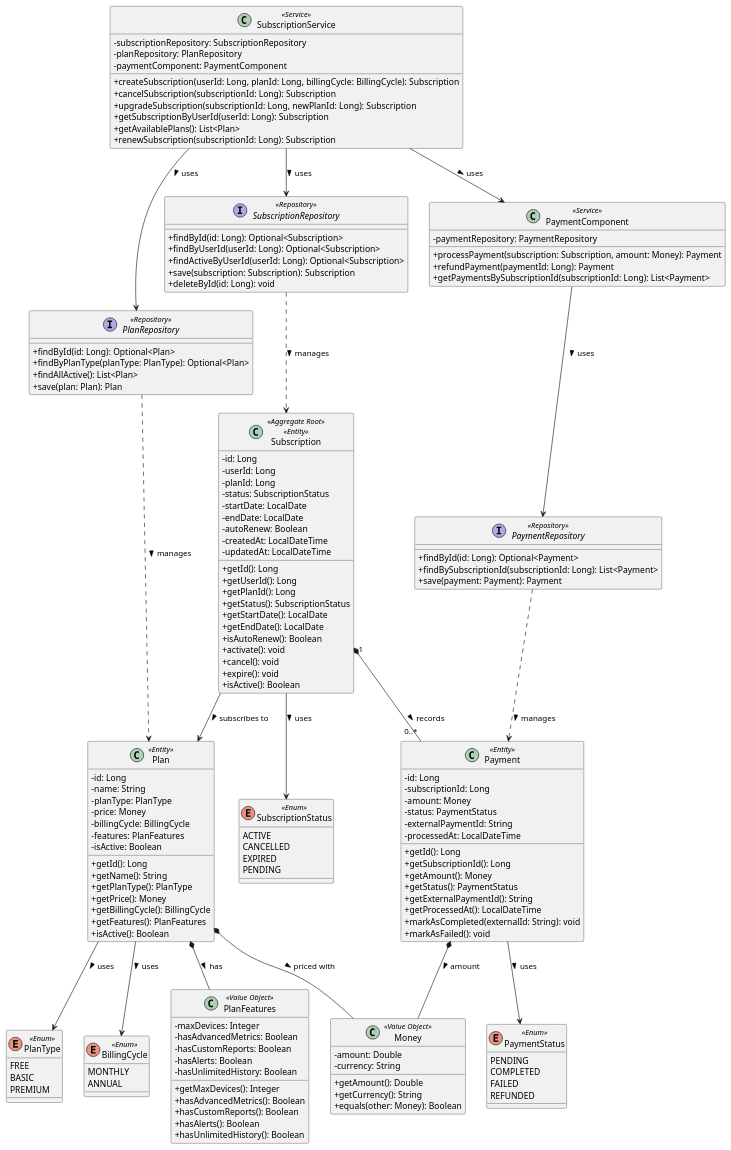
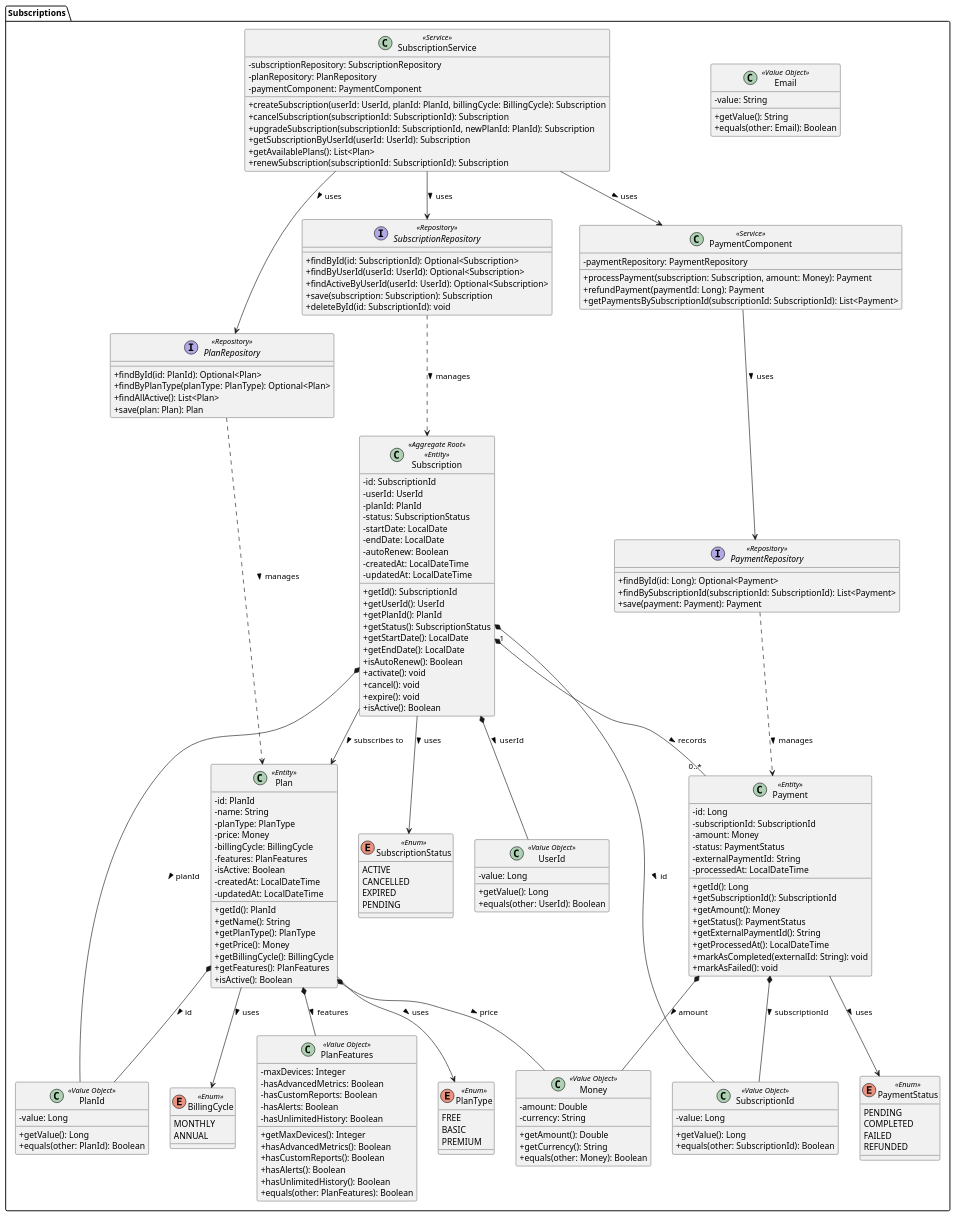
One commit to upc-pre-202610-1asi0729-11896-techwatch/techwatch-report changed the diagram in assets/docs/class-diagram-subscriptions.puml. Above: the diagram before and after it, drawn with PlantUML.

Commit message:
docs(chapter-4): update Subscriptions Class Diagram

```diff
--- a/assets/docs/class-diagram-subscriptions.puml
+++ b/assets/docs/class-diagram-subscriptions.puml
@@ -4,170 +4,205 @@
 skinparam monochrome false
 skinparam shadowing false
 
-' Enumerations
-enum PlanType <<Enum>> {
-    FREE
-    BASIC
-    PREMIUM
+package "Subscriptions" {
+
+    ' Value Objects
+    class UserId <<Value Object>> {
+        - value: Long
+        + getValue(): Long
+        + equals(other: UserId): Boolean
+    }
+
+    class SubscriptionId <<Value Object>> {
+        - value: Long
+        + getValue(): Long
+        + equals(other: SubscriptionId): Boolean
+    }
+
+    class PlanId <<Value Object>> {
+        - value: Long
+        + getValue(): Long
+        + equals(other: PlanId): Boolean
+    }
+
+    class Email <<Value Object>> {
+        - value: String
+        + getValue(): String
+        + equals(other: Email): Boolean
+    }
+
+    class Money <<Value Object>> {
+        - amount: Double
+        - currency: String
+        + getAmount(): Double
+        + getCurrency(): String
+        + equals(other: Money): Boolean
+    }
+
+    class PlanFeatures <<Value Object>> {
+        - maxDevices: Integer
+        - hasAdvancedMetrics: Boolean
+        - hasCustomReports: Boolean
+        - hasAlerts: Boolean
+        - hasUnlimitedHistory: Boolean
+        + getMaxDevices(): Integer
+        + hasAdvancedMetrics(): Boolean
+        + hasCustomReports(): Boolean
+        + hasAlerts(): Boolean
+        + hasUnlimitedHistory(): Boolean
+        + equals(other: PlanFeatures): Boolean
+    }
+
+    ' Enumerations
+    enum PlanType <<Enum>> {
+        FREE
+        BASIC
+        PREMIUM
+    }
+
+    enum SubscriptionStatus <<Enum>> {
+        ACTIVE
+        CANCELLED
+        EXPIRED
+        PENDING
+    }
+
+    enum PaymentStatus <<Enum>> {
+        PENDING
+        COMPLETED
+        FAILED
+        REFUNDED
+    }
+
+    enum BillingCycle <<Enum>> {
+        MONTHLY
+        ANNUAL
+    }
+
+    ' Entities
+    class Plan <<Entity>> {
+        - id: PlanId
+        - name: String
+        - planType: PlanType
+        - price: Money
+        - billingCycle: BillingCycle
+        - features: PlanFeatures
+        - isActive: Boolean
+        - createdAt: LocalDateTime
+        - updatedAt: LocalDateTime
+        + getId(): PlanId
+        + getName(): String
+        + getPlanType(): PlanType
+        + getPrice(): Money
+        + getBillingCycle(): BillingCycle
+        + getFeatures(): PlanFeatures
+        + isActive(): Boolean
+    }
+
+    class Subscription <<Aggregate Root>> <<Entity>> {
+        - id: SubscriptionId
+        - userId: UserId
+        - planId: PlanId
+        - status: SubscriptionStatus
+        - startDate: LocalDate
+        - endDate: LocalDate
+        - autoRenew: Boolean
+        - createdAt: LocalDateTime
+        - updatedAt: LocalDateTime
+        + getId(): SubscriptionId
+        + getUserId(): UserId
+        + getPlanId(): PlanId
+        + getStatus(): SubscriptionStatus
+        + getStartDate(): LocalDate
+        + getEndDate(): LocalDate
+        + isAutoRenew(): Boolean
+        + activate(): void
+        + cancel(): void
+        + expire(): void
+        + isActive(): Boolean
+    }
+
+    class Payment <<Entity>> {
+        - id: Long
+        - subscriptionId: SubscriptionId
+        - amount: Money
+        - status: PaymentStatus
+        - externalPaymentId: String
+        - processedAt: LocalDateTime
+        + getId(): Long
+        + getSubscriptionId(): SubscriptionId
+        + getAmount(): Money
+        + getStatus(): PaymentStatus
+        + getExternalPaymentId(): String
+        + getProcessedAt(): LocalDateTime
+        + markAsCompleted(externalId: String): void
+        + markAsFailed(): void
+    }
+
+    ' Repositories
+    interface SubscriptionRepository <<Repository>> {
+        + findById(id: SubscriptionId): Optional<Subscription>
+        + findByUserId(userId: UserId): Optional<Subscription>
+        + findActiveByUserId(userId: UserId): Optional<Subscription>
+        + save(subscription: Subscription): Subscription
+        + deleteById(id: SubscriptionId): void
+    }
+
+    interface PlanRepository <<Repository>> {
+        + findById(id: PlanId): Optional<Plan>
+        + findByPlanType(planType: PlanType): Optional<Plan>
+        + findAllActive(): List<Plan>
+        + save(plan: Plan): Plan
+    }
+
+    interface PaymentRepository <<Repository>> {
+        + findById(id: Long): Optional<Payment>
+        + findBySubscriptionId(subscriptionId: SubscriptionId): List<Payment>
+        + save(payment: Payment): Payment
+    }
+
+    ' Services
+    class SubscriptionService <<Service>> {
+        - subscriptionRepository: SubscriptionRepository
+        - planRepository: PlanRepository
+        - paymentComponent: PaymentComponent
+        + createSubscription(userId: UserId, planId: PlanId, billingCycle: BillingCycle): Subscription
+        + cancelSubscription(subscriptionId: SubscriptionId): Subscription
+        + upgradeSubscription(subscriptionId: SubscriptionId, newPlanId: PlanId): Subscription
+        + getSubscriptionByUserId(userId: UserId): Subscription
+        + getAvailablePlans(): List<Plan>
+        + renewSubscription(subscriptionId: SubscriptionId): Subscription
+    }
+
+    class PaymentComponent <<Service>> {
+        - paymentRepository: PaymentRepository
+        + processPayment(subscription: Subscription, amount: Money): Payment
+        + refundPayment(paymentId: Long): Payment
+        + getPaymentsBySubscriptionId(subscriptionId: SubscriptionId): List<Payment>
+    }
+
+    ' Relations
+    Subscription "1" *-- "0..*" Payment : records >
+    Subscription --> Plan : subscribes to >
+    Subscription --> SubscriptionStatus : uses >
+    Subscription *-- SubscriptionId : id >
+    Subscription *-- UserId : userId >
+    Subscription *-- PlanId : planId >
+    Plan --> PlanType : uses >
+    Plan --> BillingCycle : uses >
+    Plan *-- PlanFeatures : features >
+    Plan *-- Money : price >
+    Plan *-- PlanId : id >
+    Payment --> PaymentStatus : uses >
+    Payment *-- Money : amount >
+    Payment *-- SubscriptionId : subscriptionId >
+    SubscriptionService --> SubscriptionRepository : uses >
+    SubscriptionService --> PlanRepository : uses >
+    SubscriptionService --> PaymentComponent : uses >
+    PaymentComponent --> PaymentRepository : uses >
+    SubscriptionRepository ..> Subscription : manages >
+    PlanRepository ..> Plan : manages >
+    PaymentRepository ..> Payment : manages >
 }
 
-enum SubscriptionStatus <<Enum>> {
-    ACTIVE
-    CANCELLED
-    EXPIRED
-    PENDING
-}
-
-enum PaymentStatus <<Enum>> {
-    PENDING
-    COMPLETED
-    FAILED
-    REFUNDED
-}
-
-enum BillingCycle <<Enum>> {
-    MONTHLY
-    ANNUAL
-}
-
-' Value Objects
-class Money <<Value Object>> {
-    - amount: Double
-    - currency: String
-    + getAmount(): Double
-    + getCurrency(): String
-    + equals(other: Money): Boolean
-}
-
-class PlanFeatures <<Value Object>> {
-    - maxDevices: Integer
-    - hasAdvancedMetrics: Boolean
-    - hasCustomReports: Boolean
-    - hasAlerts: Boolean
-    - hasUnlimitedHistory: Boolean
-    + getMaxDevices(): Integer
-    + hasAdvancedMetrics(): Boolean
-    + hasCustomReports(): Boolean
-    + hasAlerts(): Boolean
-    + hasUnlimitedHistory(): Boolean
-}
-
-' Entities
-class Plan <<Entity>> {
-    - id: Long
-    - name: String
-    - planType: PlanType
-    - price: Money
-    - billingCycle: BillingCycle
-    - features: PlanFeatures
-    - isActive: Boolean
-    + getId(): Long
-    + getName(): String
-    + getPlanType(): PlanType
-    + getPrice(): Money
-    + getBillingCycle(): BillingCycle
-    + getFeatures(): PlanFeatures
-    + isActive(): Boolean
-}
-
-class Subscription <<Aggregate Root>> <<Entity>> {
-    - id: Long
-    - userId: Long
-    - planId: Long
-    - status: SubscriptionStatus
-    - startDate: LocalDate
-    - endDate: LocalDate
-    - autoRenew: Boolean
-    - createdAt: LocalDateTime
-    - updatedAt: LocalDateTime
-    + getId(): Long
-    + getUserId(): Long
-    + getPlanId(): Long
-    + getStatus(): SubscriptionStatus
-    + getStartDate(): LocalDate
-    + getEndDate(): LocalDate
-    + isAutoRenew(): Boolean
-    + activate(): void
-    + cancel(): void
-    + expire(): void
-    + isActive(): Boolean
-}
-
-class Payment <<Entity>> {
-    - id: Long
-    - subscriptionId: Long
-    - amount: Money
-    - status: PaymentStatus
-    - externalPaymentId: String
-    - processedAt: LocalDateTime
-    + getId(): Long
-    + getSubscriptionId(): Long
-    + getAmount(): Money
-    + getStatus(): PaymentStatus
-    + getExternalPaymentId(): String
-    + getProcessedAt(): LocalDateTime
-    + markAsCompleted(externalId: String): void
-    + markAsFailed(): void
-}
-
-' Repositories
-interface SubscriptionRepository <<Repository>> {
-    + findById(id: Long): Optional<Subscription>
-    + findByUserId(userId: Long): Optional<Subscription>
-    + findActiveByUserId(userId: Long): Optional<Subscription>
-    + save(subscription: Subscription): Subscription
-    + deleteById(id: Long): void
-}
-
-interface PlanRepository <<Repository>> {
-    + findById(id: Long): Optional<Plan>
-    + findByPlanType(planType: PlanType): Optional<Plan>
-    + findAllActive(): List<Plan>
-    + save(plan: Plan): Plan
-}
-
-interface PaymentRepository <<Repository>> {
-    + findById(id: Long): Optional<Payment>
-    + findBySubscriptionId(subscriptionId: Long): List<Payment>
-    + save(payment: Payment): Payment
-}
-
-' Services
-class SubscriptionService <<Service>> {
-    - subscriptionRepository: SubscriptionRepository
-    - planRepository: PlanRepository
-    - paymentComponent: PaymentComponent
-    + createSubscription(userId: Long, planId: Long, billingCycle: BillingCycle): Subscription
-    + cancelSubscription(subscriptionId: Long): Subscription
-    + upgradeSubscription(subscriptionId: Long, newPlanId: Long): Subscription
-    + getSubscriptionByUserId(userId: Long): Subscription
-    + getAvailablePlans(): List<Plan>
-    + renewSubscription(subscriptionId: Long): Subscription
-}
-
-class PaymentComponent <<Service>> {
-    - paymentRepository: PaymentRepository
-    + processPayment(subscription: Subscription, amount: Money): Payment
-    + refundPayment(paymentId: Long): Payment
-    + getPaymentsBySubscriptionId(subscriptionId: Long): List<Payment>
-}
-
-' Relations
-Subscription "1" *-- "0..*" Payment : records >
-Subscription --> Plan : subscribes to >
-Subscription --> SubscriptionStatus : uses >
-Plan --> PlanType : uses >
-Plan --> BillingCycle : uses >
-Plan *-- PlanFeatures : has >
-Plan *-- Money : priced with >
-Payment --> PaymentStatus : uses >
-Payment *-- Money : amount >
-SubscriptionService --> SubscriptionRepository : uses >
-SubscriptionService --> PlanRepository : uses >
-SubscriptionService --> PaymentComponent : uses >
-PaymentComponent --> PaymentRepository : uses >
-SubscriptionRepository ..> Subscription : manages >
-PlanRepository ..> Plan : manages >
-PaymentRepository ..> Payment : manages >
-
 @enduml
```
